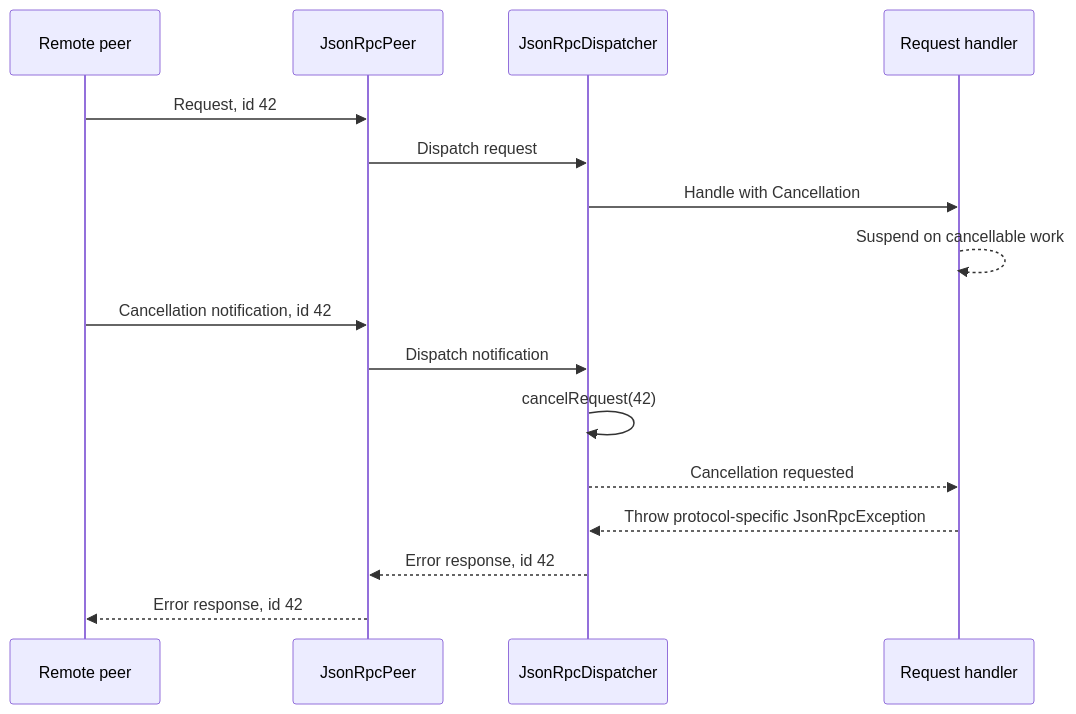
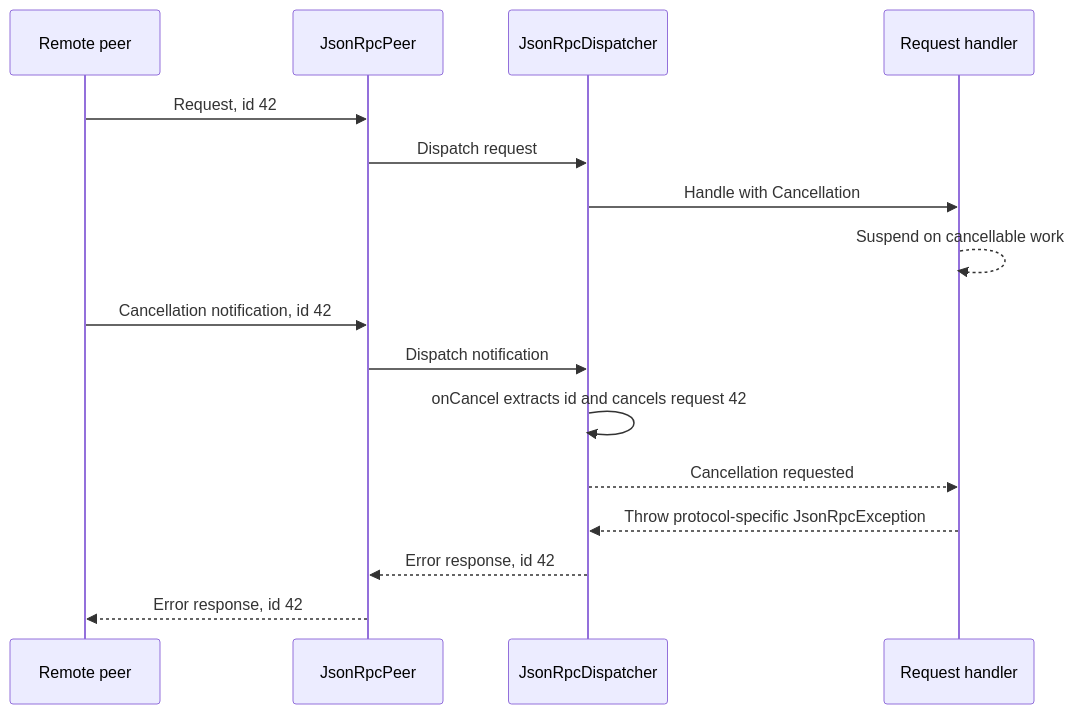
The second of 2 diagrams in README.md (fabpot/json-rpc-peer), drawn with Mermaid before and after one commit. The commit also changed other lines of this file and 3 other files, not shown here.

````diff
--- a/README.md
+++ b/README.md
@@ -243,19 +249,19 @@
 ```mermaid
 sequenceDiagram
     participant Remote as Remote peer
     participant Peer as JsonRpcPeer
     participant Dispatcher as JsonRpcDispatcher
     participant Handler as Request handler
 
     Remote->>Peer: Request, id 42
     Peer->>Dispatcher: Dispatch request
     Dispatcher->>Handler: Handle with Cancellation
     Handler-->>Handler: Suspend on cancellable work
     Remote->>Peer: Cancellation notification, id 42
     Peer->>Dispatcher: Dispatch notification
-    Dispatcher->>Dispatcher: cancelRequest(42)
+    Dispatcher->>Dispatcher: onCancel extracts id and cancels request 42
     Dispatcher-->>Handler: Cancellation requested
     Handler-->>Dispatcher: Throw protocol-specific JsonRpcException
     Dispatcher-->>Peer: Error response, id 42
     Peer-->>Remote: Error response, id 42
 ```
````
